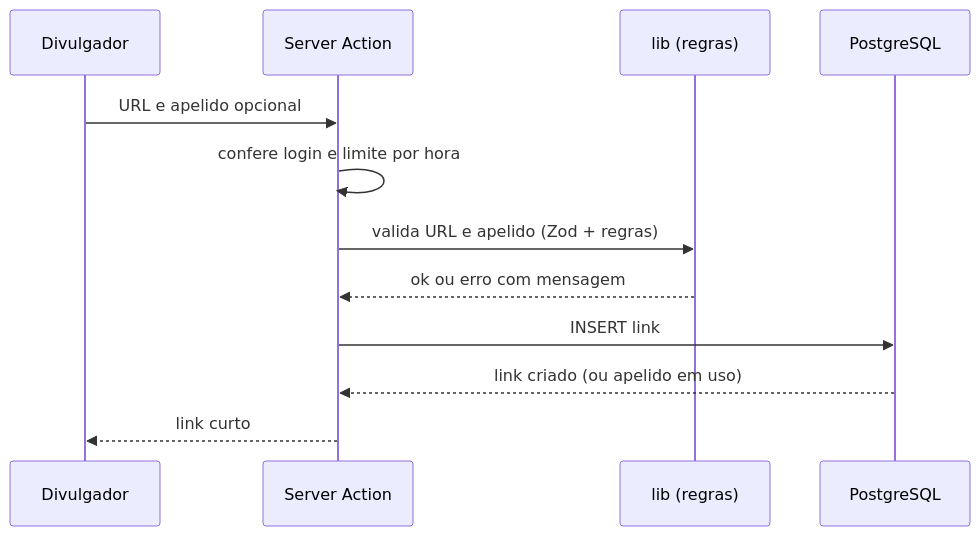
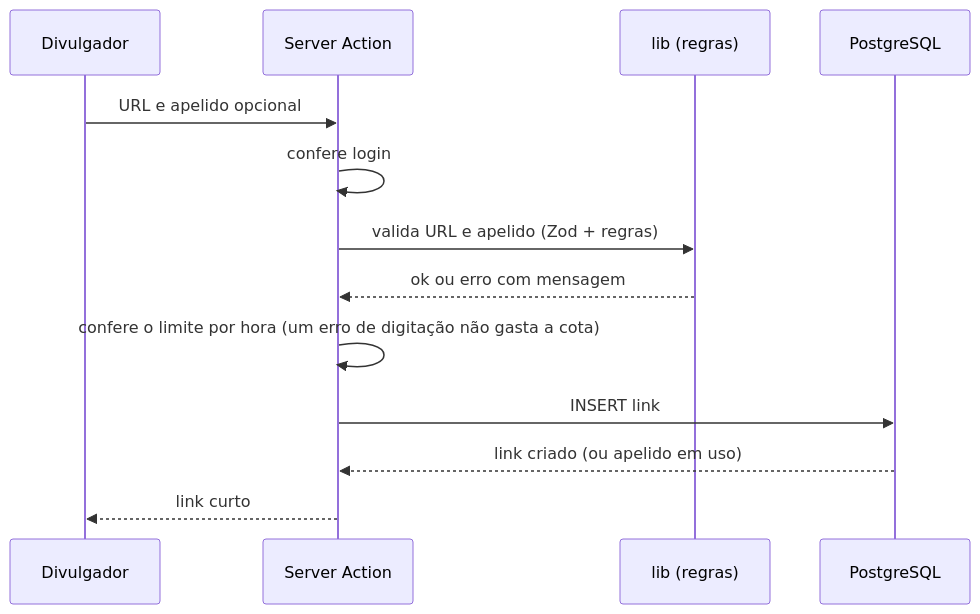
The fourth of 5 diagrams in docs/02-arquitetura.md (AlbertoGRB/encurtai), drawn with Mermaid before and after one commit. The commit also changed 13 other files, not shown here.

First line of the commit message:
feat: cache do redirecionamento e limite de links por hora

````diff
--- a/docs/02-arquitetura.md
+++ b/docs/02-arquitetura.md
@@ -138,14 +138,15 @@
 ```mermaid
 sequenceDiagram
   participant U as Divulgador
   participant A as Server Action
   participant L as lib (regras)
   participant DB as PostgreSQL
   U->>A: URL e apelido opcional
-  A->>A: confere login e limite por hora
+  A->>A: confere login
   A->>L: valida URL e apelido (Zod + regras)
   L-->>A: ok ou erro com mensagem
+  A->>A: confere o limite por hora (um erro de digitação não gasta a cota)
   A->>DB: INSERT link
   DB-->>A: link criado (ou apelido em uso)
   A-->>U: link curto
 ```
````
